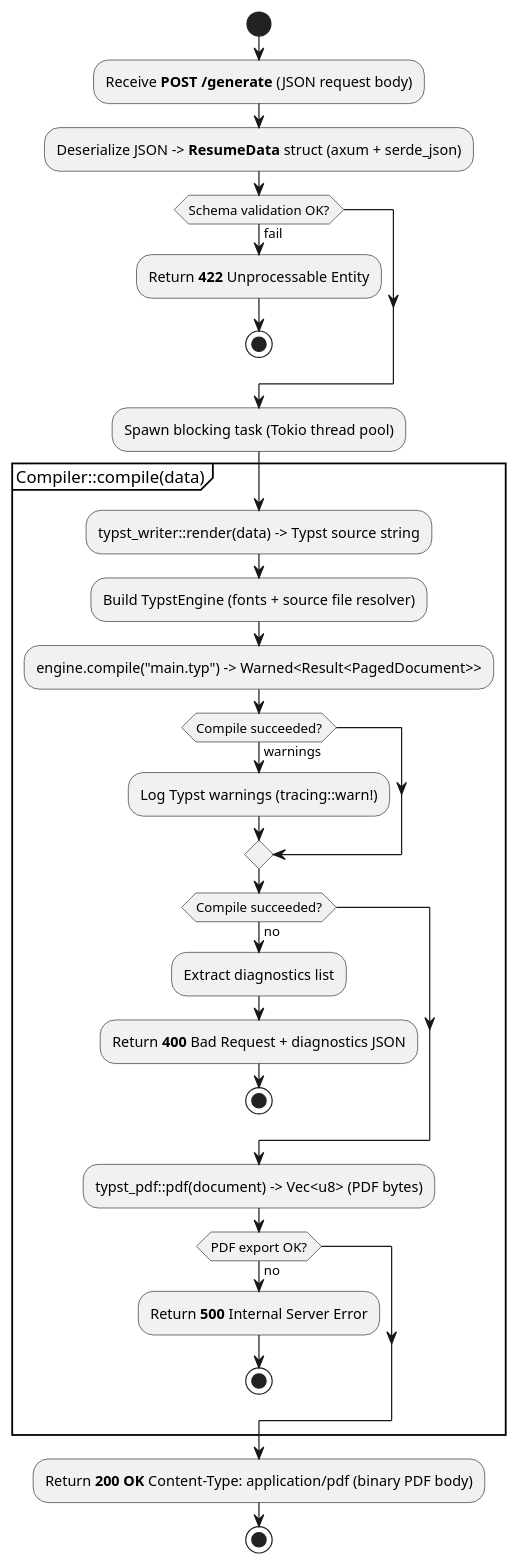
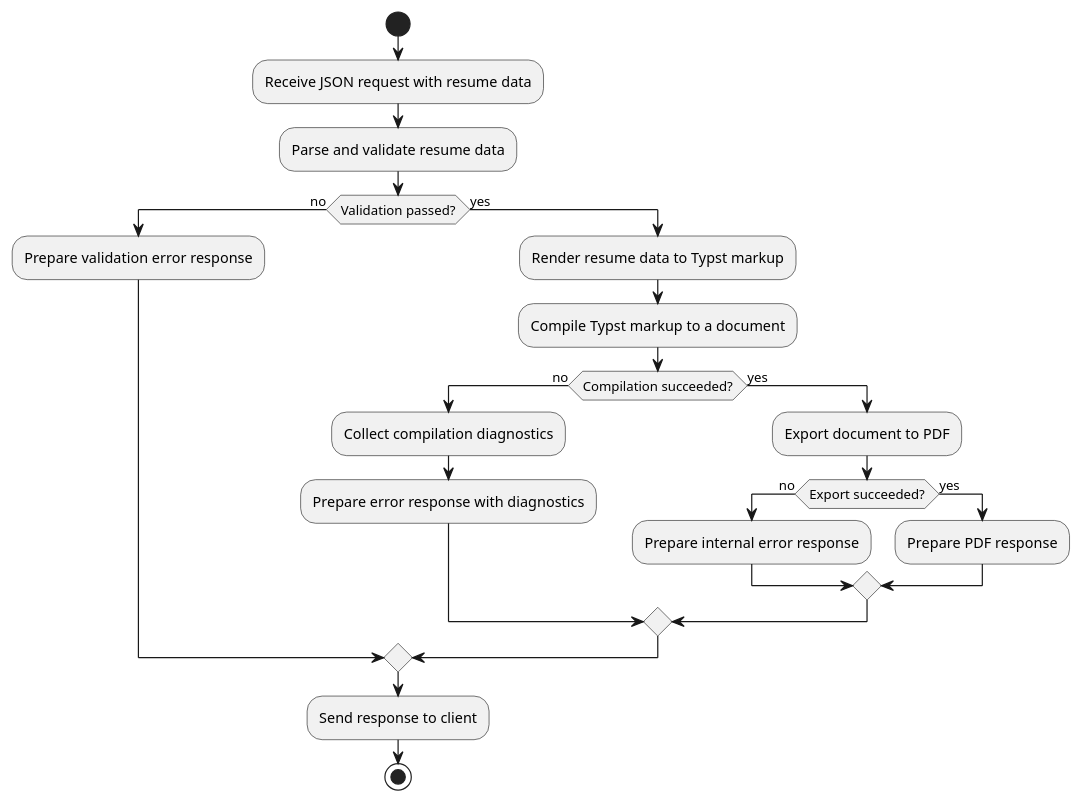
The diagram in docs/diagrams/activity_generate.puml (GetJobAI/pdf-generator), drawn with PlantUML before and after one commit. The commit also changed 9 other files, not shown here.

Commit message:
improve diagrams

```diff
--- a/docs/diagrams/activity_generate.puml
+++ b/docs/diagrams/activity_generate.puml
@@ -1,51 +1,33 @@
 @startuml activity_generate
 skinparam shadowing false
 start
 
-:Receive **POST /generate** (JSON request body);
+:Receive JSON request with resume data;
 
-:Deserialize JSON -> **ResumeData** struct (axum + serde_json);
+:Parse and validate resume data;
 
-if (Schema validation OK?) then (fail)
-    :Return **422** Unprocessable Entity;
-    stop
+if (Validation passed?) then (no)
+    :Prepare validation error response;
+else (yes)
+    :Render resume data to Typst markup;
+
+    :Compile Typst markup to a document;
+
+    if (Compilation succeeded?) then (no)
+        :Collect compilation diagnostics;
+        :Prepare error response with diagnostics;
+    else (yes)
+        :Export document to PDF;
+
+        if (Export succeeded?) then (no)
+            :Prepare internal error response;
+        else (yes)
+            :Prepare PDF response;
+        endif
+    endif
 endif
 
-:Spawn blocking task (Tokio thread pool);
-
-partition "Compiler::compile(data)" {
-    :typst_writer::render(data) -> Typst source string;
-
-    /' note right
-      Serializes all resume sections
-      into "#resume((...))".
-      Text fields pass through
-      str_to_content().
-    end note '/
-
-    :Build TypstEngine (fonts + source file resolver);
-
-    :engine.compile("main.typ") -> Warned<Result<PagedDocument>>;
-
-    if (Compile succeeded?) then (warnings)
-        :Log Typst warnings (tracing::warn!);
-    endif
-
-    if (Compile succeeded?) then (no)
-        :Extract diagnostics list;
-        :Return **400** Bad Request + diagnostics JSON;
-        stop
-    endif
-
-    :typst_pdf::pdf(document) -> Vec<u8> (PDF bytes);
-
-    if (PDF export OK?) then (no)
-        :Return **500** Internal Server Error;
-        stop
-    endif
-}
-
-:Return **200 OK** Content-Type: application/pdf (binary PDF body);
+:Send response to client;
 
 stop
 @enduml
```
